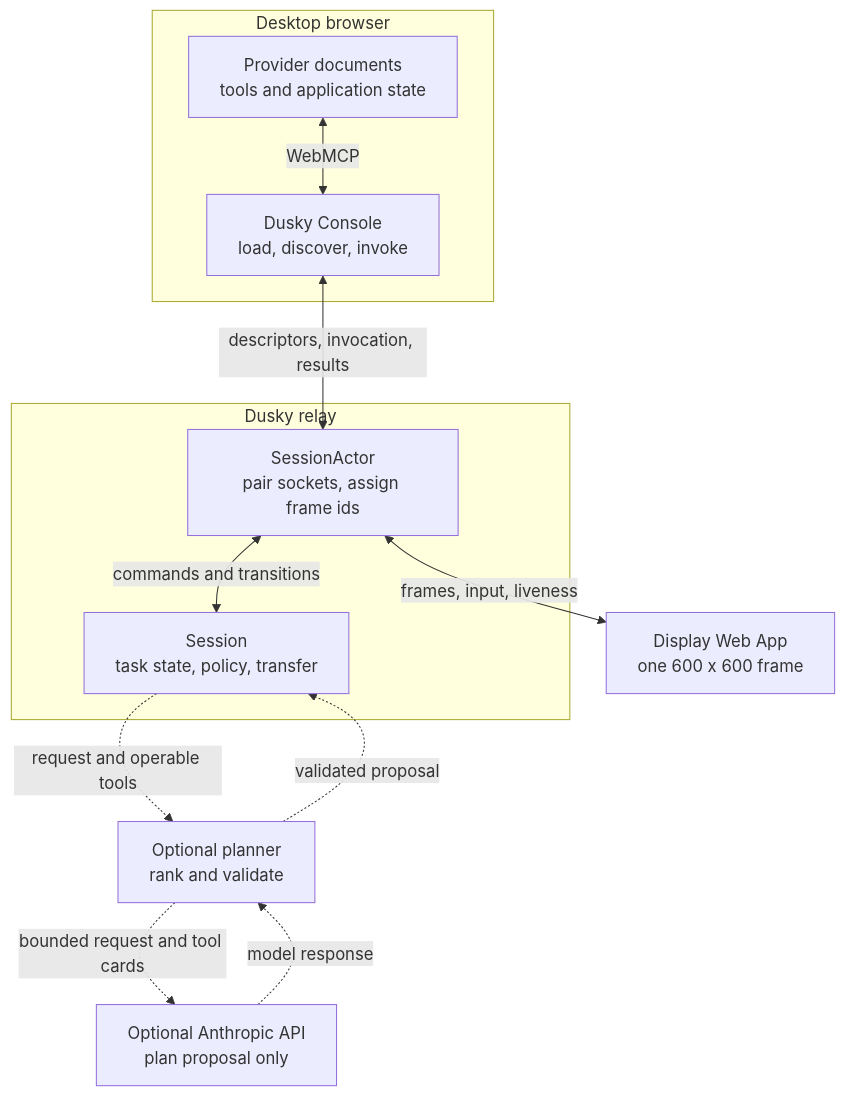
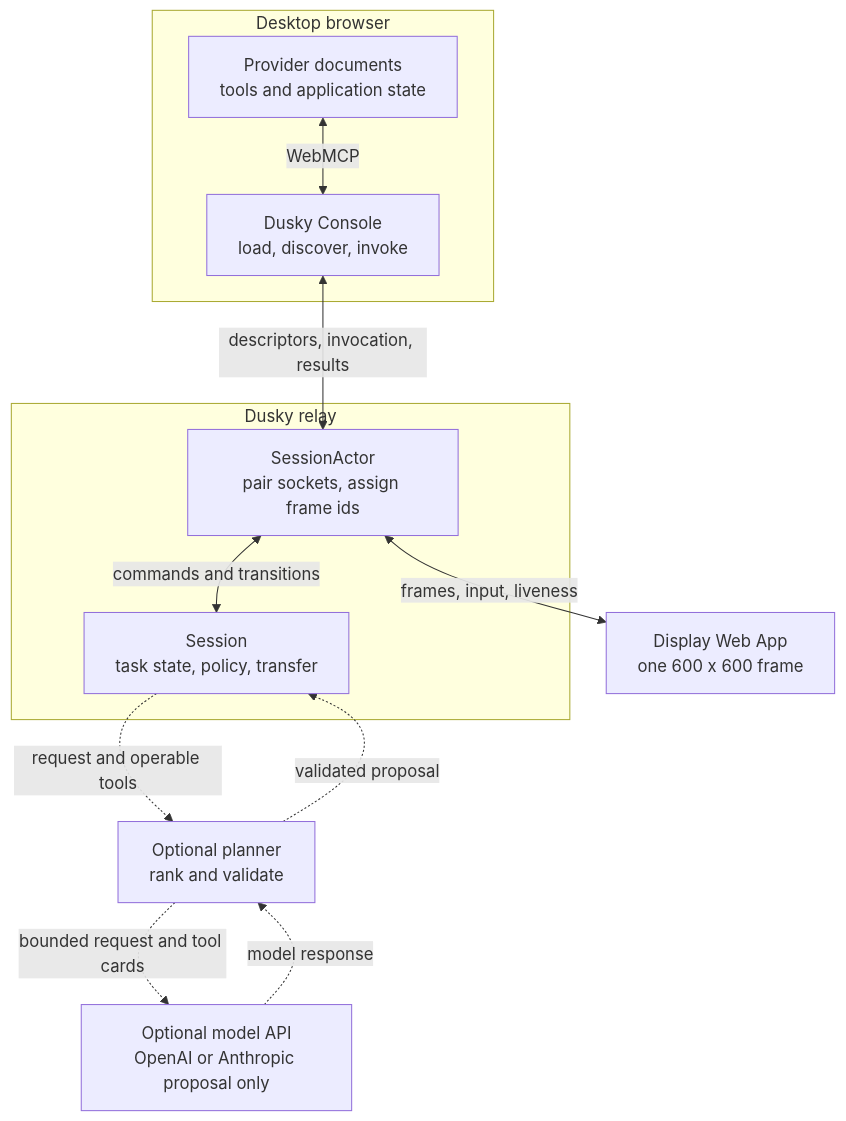
Before and after one commit to twinkling-reality/dusky: the diagram in docs/ARCHITECTURE.md, drawn with Mermaid. The commit also changed other lines of this file and 8 other files, not shown here.

````diff
--- a/docs/ARCHITECTURE.md
+++ b/docs/ARCHITECTURE.md
@@ -11,25 +11,25 @@
 ```mermaid
 flowchart TB
   subgraph Browser["Desktop browser"]
     P["Provider documents<br/>tools and application state"]
     C["Dusky Console<br/>load, discover, invoke"]
     P <-->|"WebMCP"| C
   end
 
   subgraph Relay["Dusky relay"]
     A["SessionActor<br/>pair sockets, assign frame ids"]
     S["Session<br/>task state, policy, transfer"]
     A <-->|"commands and transitions"| S
   end
 
   D["Display Web App<br/>one 600 x 600 frame"]
   PL["Optional planner<br/>rank and validate"]
-  M["Optional Anthropic API<br/>plan proposal only"]
+  M["Optional model API<br/>OpenAI or Anthropic proposal only"]
 
   C <-->|"descriptors, invocation, results"| A
   A <-->|"frames, input, liveness"| D
   S -.->|"request and operable tools"| PL
   PL -.->|"bounded request and tool cards"| M
   M -.->|"model response"| PL
   PL -.->|"validated proposal"| S
 ```
````
